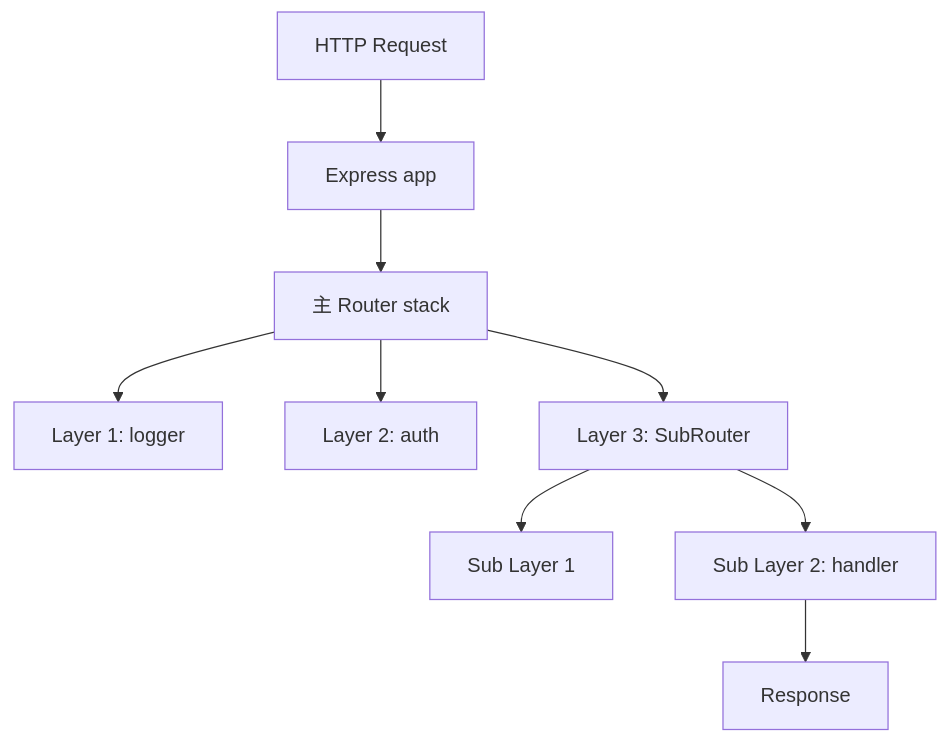
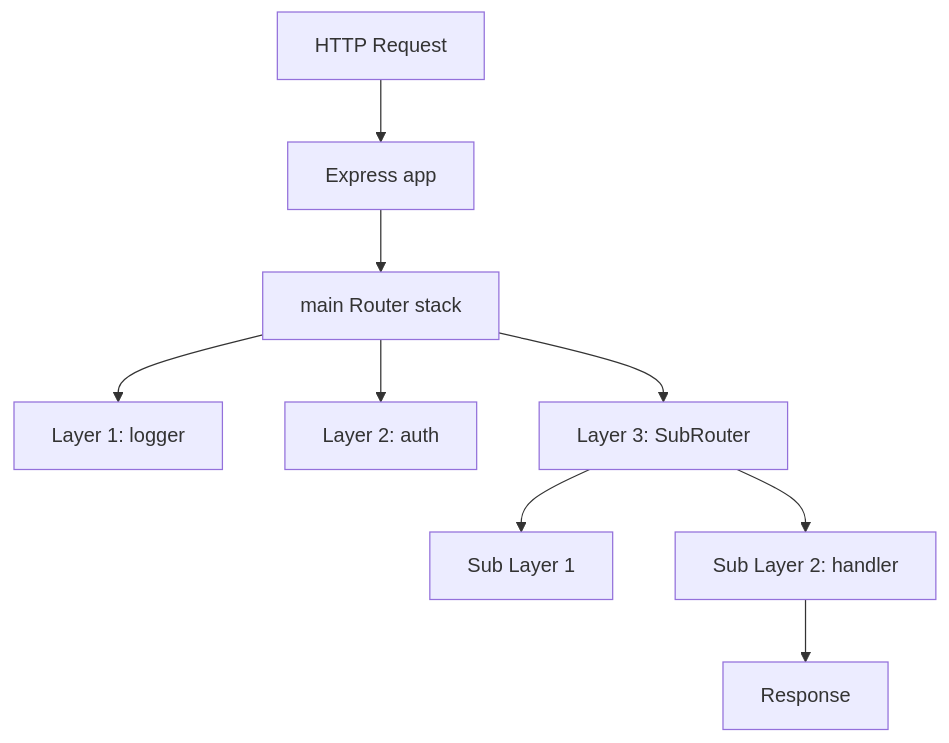
One commit to CZYCW/learn-via-repo changed the first of 2 diagrams in references/walkthrough-examples-multi-domain.md. Above: the diagram before and after it, drawn with Mermaid. The commit also changed other lines of this file and 12 other files, not shown here.

````diff
--- a/references/walkthrough-examples-multi-domain.md
+++ b/references/walkthrough-examples-multi-domain.md
@@ -118,11 +118,11 @@
 ```mermaid
 flowchart TB
   Req[HTTP Request] --> App[Express app]
-  App --> Router[主 Router stack]
+  App --> Router[main Router stack]
   Router --> L1[Layer 1: logger]
   Router --> L2[Layer 2: auth]
   Router --> L3[Layer 3: SubRouter]
   L3 --> L3a[Sub Layer 1]
   L3 --> L3b[Sub Layer 2: handler]
   L3b --> Res[Response]
 ```
````
